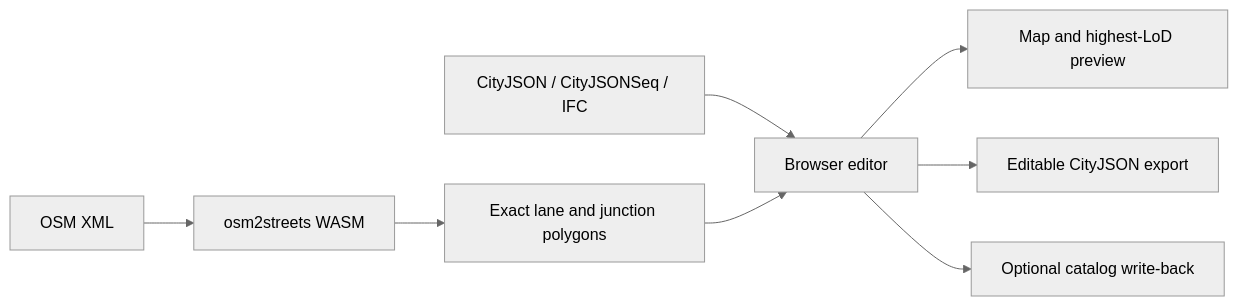
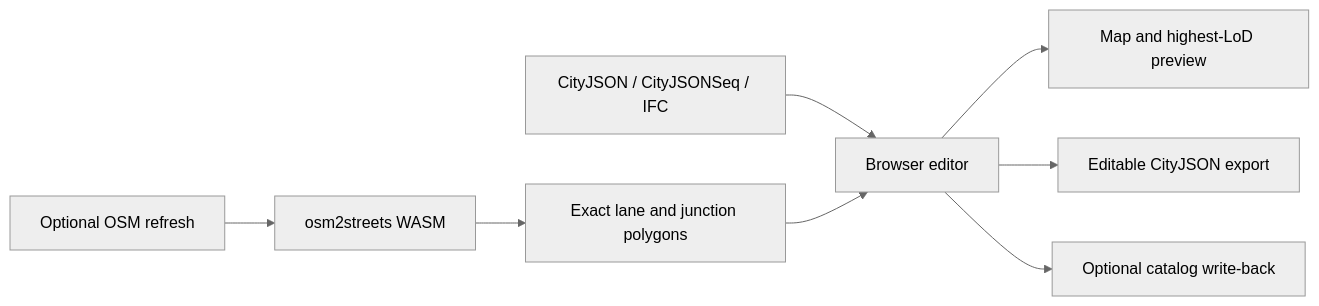
Before and after one commit to cakirmert/webcityeditor: the diagram in PROJECT.md, drawn with Mermaid (neutral theme). The commit also changed other lines of this file and 28 other files, not shown here.

````diff
--- a/PROJECT.md
+++ b/PROJECT.md
@@ -15,10 +15,10 @@
 ```mermaid
 flowchart LR
   A["CityJSON / CityJSONSeq / IFC"] --> B["Browser editor"]
-  O["OSM XML"] --> S["osm2streets WASM"]
+  O["Optional OSM refresh"] --> S["osm2streets WASM"]
   S --> P["Exact lane and junction polygons"]
   P --> B
   B --> V["Map and highest-LoD preview"]
   B --> E["Editable CityJSON export"]
   B --> W["Optional catalog write-back"]
 ```
````
